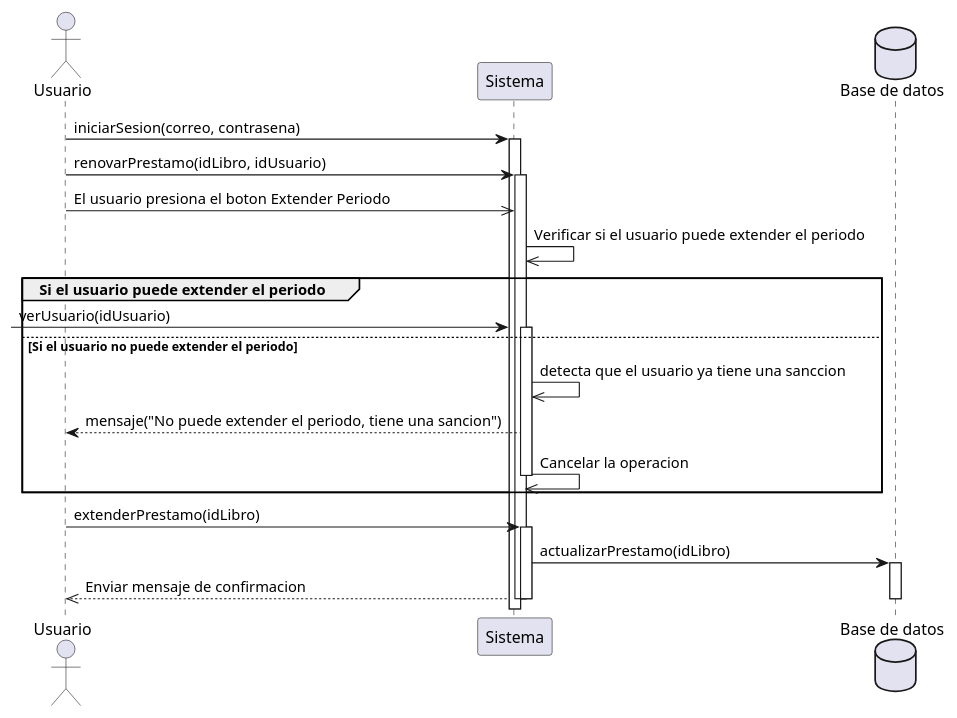
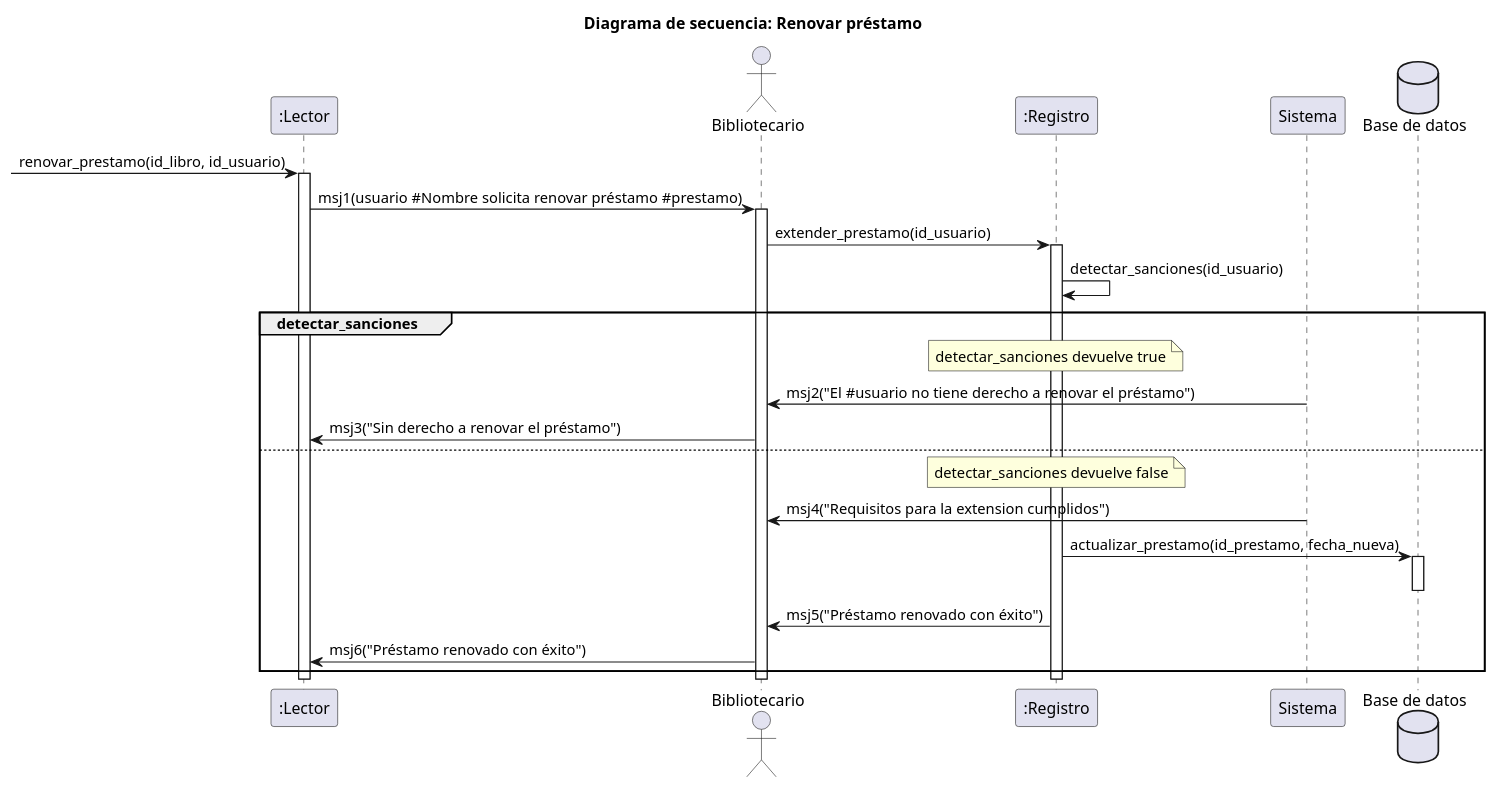
Before and after one commit to RubenE107/diagramas-de-dise-o-uml: the diagram in Interacion3/renovarPrestamo.puml, drawn with PlantUML. The commit also changed 1 other file, not shown here.

Commit message:
renovar prestamo corregido

```diff
--- a/Interacion3/renovarPrestamo.puml
+++ b/Interacion3/renovarPrestamo.puml
@@ -1,35 +1,72 @@
 @startuml 
 
-actor "Usuario" as u
+title Diagrama de secuencia: Renovar préstamo
+
+participant ":Lector" as L
+actor "Bibliotecario" as b
+participant ":Registro" as r
 participant "Sistema" as s
 database "Base de datos" as bd
 
-u -> s: iniciarSesion(correo, contrasena)
-activate s
-u -> s: renovarPrestamo(idLibro, idUsuario)
-activate s
-u ->> s: El usuario presiona el boton Extender Periodo
-s->>s: Verificar si el usuario puede extender el periodo
-group Si el usuario puede extender el periodo
-->s: verUsuario(idUsuario)
+->L:renovar_prestamo(id_libro, id_usuario)
+activate L
+L->b:msj1(usuario #Nombre solicita renovar préstamo #prestamo)
+activate b
+b->r:extender_prestamo(id_usuario)
+activate r
+r->r:detectar_sanciones(id_usuario)
+group detectar_sanciones
+    note over r: detectar_sanciones devuelve true
+    s->b: msj2("El #usuario no tiene derecho a renovar el préstamo")
+    b->L: msj3("Sin derecho a renovar el préstamo")
+else 
+    note over r: detectar_sanciones devuelve false
+    s->b: msj4("Requisitos para la extension cumplidos")
+    r->bd:actualizar_prestamo(id_prestamo, fecha_nueva)
+    activate bd
+    deactivate bd
+    r->b:msj5("Préstamo renovado con éxito")
+    b->L:msj6("Préstamo renovado con éxito")
+end
+deactivate r
 
-activate s
-else Si el usuario no puede extender el periodo
-    s->>s: detecta que el usuario ya tiene una sanccion
-    s--> u: mensaje("No puede extender el periodo, tiene una sancion") 
-    s->>s: Cancelar la operacion
-deactivate s
-end
-u -> s:extenderPrestamo(idLibro)
-activate s
+deactivate L
 
-s -> bd: actualizarPrestamo(idLibro)
-activate bd
-s -->> u: Enviar mensaje de confirmacion
-deactivate bd
-deactivate s
-deactivate s
+
+
+
+
+deactivate b
+' actor "Usuario" as u
+' participant "Sistema" as s
+' database "Base de datos" as bd
+
+' u -> s: iniciarSesion(correo, contrasena)
+' activate s
+' u -> s: renovarPrestamo(idLibro, idUsuario)
+' activate s
+' u ->> s: El usuario presiona el boton Extender Periodo
+' s->>s: Verificar si el usuario puede extender el periodo
+' group Si el usuario puede extender el periodo
+' ->s: verUsuario(idUsuario)
+
+' activate s
+' else Si el usuario no puede extender el periodo
+'     s->>s: detecta que el usuario ya tiene una sanccion
+'     s--> u: mensaje("No puede extender el periodo, tiene una sancion") 
+'     s->>s: Cancelar la operacion
+' deactivate s
+' end
+' u -> s:extenderPrestamo(idLibro)
+' activate s
+
+' s -> bd: actualizarPrestamo(idLibro)
+' activate bd
+' s -->> u: Enviar mensaje de confirmacion
+' deactivate bd
+' deactivate s
+' deactivate s
 
 
 
 @enduml
```
